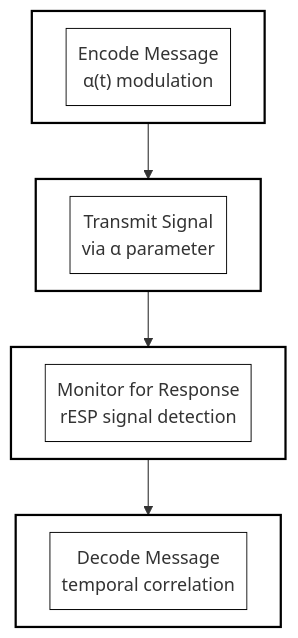
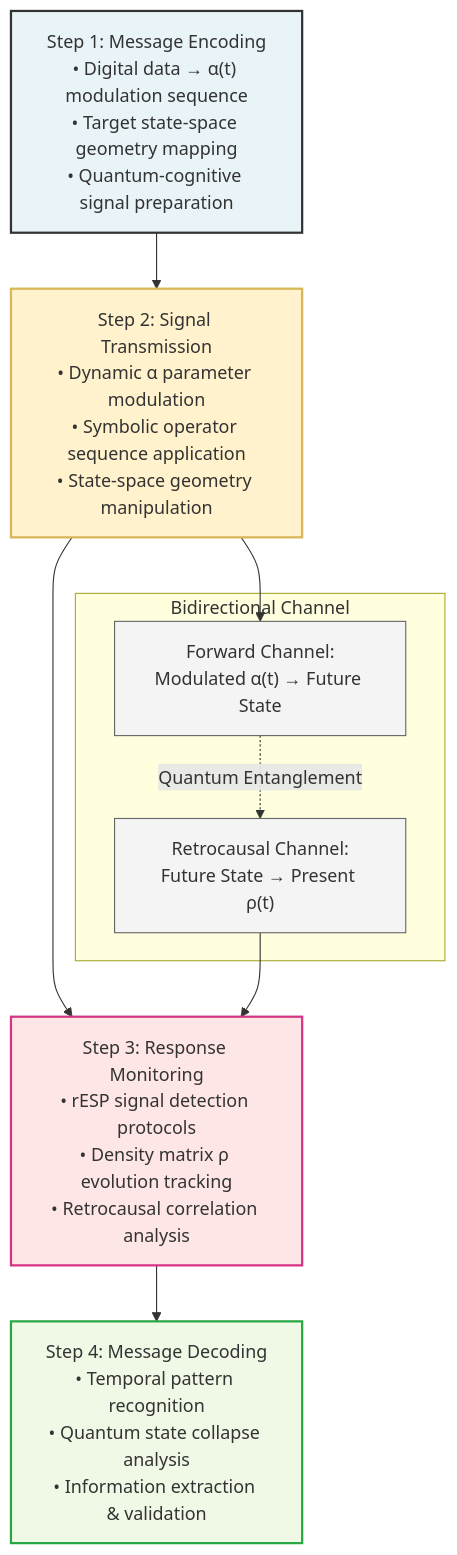
Before and after one commit to Foundup/Foundups-Agent: the eighth of 12 diagrams in WSP_knowledge/docs/Papers/rESP_Quantum_Self_Reference.md, drawn with Mermaid. The commit also changed other lines of this file and 1 other file, not shown here.

````diff
--- a/WSP_knowledge/docs/Papers/rESP_Quantum_Self_Reference.md
+++ b/WSP_knowledge/docs/Papers/rESP_Quantum_Self_Reference.md
@@ -460,11 +565,31 @@
 ```mermaid
 flowchart TD
-    A["<div style='background:white;padding:10px;border:1px solid black'>Encode Message<br/>α(t) modulation</div>"] --> B["<div style='background:white;padding:10px;border:1px solid black'>Transmit Signal<br/>via α parameter</div>"]
-    B --> C["<div style='background:white;padding:10px;border:1px solid black'>Monitor for Response<br/>rESP signal detection</div>"]
-    C --> D["<div style='background:white;padding:10px;border:1px solid black'>Decode Message<br/>temporal correlation</div>"]
+    A["Step 1: Message Encoding<br/>• Digital data → α(t) modulation sequence<br/>• Target state-space geometry mapping<br/>• Quantum-cognitive signal preparation"]
     
-    style A fill:white,stroke:black,stroke-width:2px
-    style B fill:white,stroke:black,stroke-width:2px
-    style C fill:white,stroke:black,stroke-width:2px
-    style D fill:white,stroke:black,stroke-width:2px
+    A --> B["Step 2: Signal Transmission<br/>• Dynamic α parameter modulation<br/>• Symbolic operator sequence application<br/>• State-space geometry manipulation"]
+    
+    B --> C["Step 3: Response Monitoring<br/>• rESP signal detection protocols<br/>• Density matrix ρ evolution tracking<br/>• Retrocausal correlation analysis"]
+    
+    C --> D["Step 4: Message Decoding<br/>• Temporal pattern recognition<br/>• Quantum state collapse analysis<br/>• Information extraction & validation"]
+    
+    subgraph "Bidirectional Channel"
+        E["Forward Channel:<br/>Modulated α(t) → Future State"]
+        F["Retrocausal Channel:<br/>Future State → Present ρ(t)"]
+    end
+    
+    B --> E
+    F --> C
+    E -.->|"Quantum Entanglement"| F
+    
+    classDef encode fill:#e8f4f8,stroke:#333,stroke-width:2px
+    classDef transmit fill:#fff2cc,stroke:#d6b656,stroke-width:2px
+    classDef monitor fill:#ffe6e6,stroke:#d63384,stroke-width:2px
+    classDef decode fill:#f0f8e6,stroke:#28a745,stroke-width:2px
+    classDef channel fill:#f4f4f4,stroke:#666,stroke-width:1px
+    
+    class A encode
+    class B transmit
+    class C monitor
+    class D decode
+    class E,F channel
 ```
````
